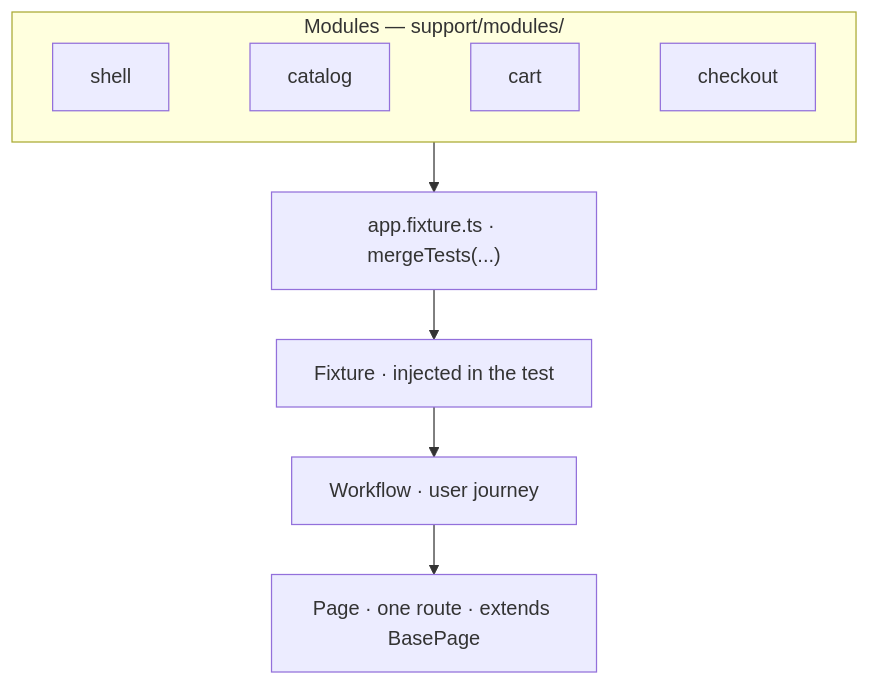
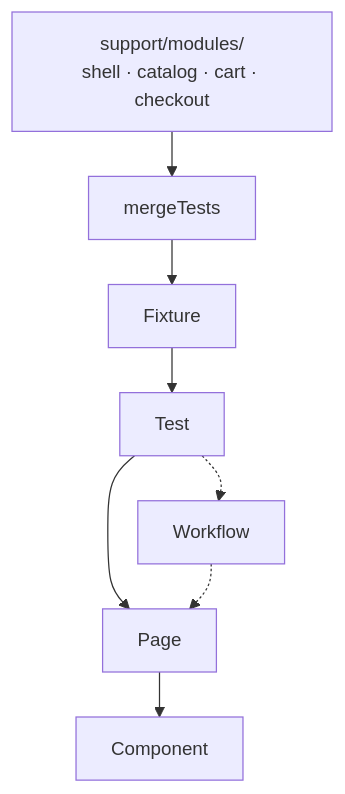
The third of 4 diagrams in README.md (getulionm/pw-composition), drawn with Mermaid before and after one commit. The commit also changed other lines of this file, not shown here.

First line of the commit message:
Trim and clarify README architecture docs.

````diff
--- a/README.md
+++ b/README.md
@@ -138,15 +119,15 @@
 ```mermaid
-%%{init: {"themeVariables": {"fontSize": "16px"}, "flowchart": {"nodeSpacing": 30, "rankSpacing": 40}}}%%
+%%{init: {"themeVariables": {"fontSize": "15px"}, "flowchart": {"nodeSpacing": 28, "rankSpacing": 36, "padding": 14}}}%%
 flowchart TB
-  subgraph modules["Modules — support/modules/"]
-    direction LR
-    shellM[shell] ~~~ catalogM[catalog] ~~~ cartM[cart] ~~~ checkoutM[checkout]
-  end
+  mods["support/modules/<br/>shell · catalog · cart · checkout"]
+  merge["mergeTests"]
+  mods --> merge
+  merge --> fixture["Fixture"]
+  fixture --> test["Test"]
 
-  merge["app.fixture.ts · mergeTests(...)"]
-  modules --> merge
-
-  merge --> fixture["Fixture · injected in the test"]
-  fixture --> workflow["Workflow · user journey"]
-  workflow --> page["Page · one route · extends BasePage"]
+  test ~~~ workflow["Workflow"]
+  test --> page["Page"]
+  test -.-> workflow
+  workflow -.-> page
+  page --> comp["Component"]
 ```
````
